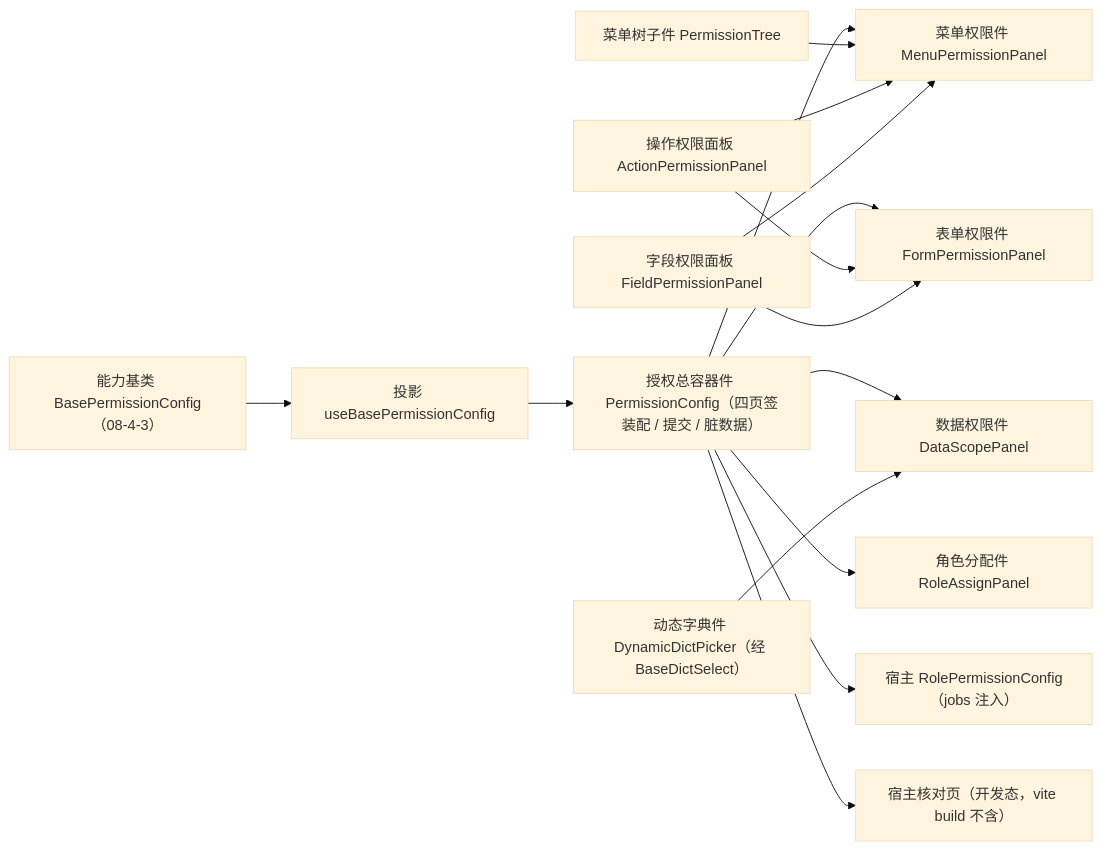
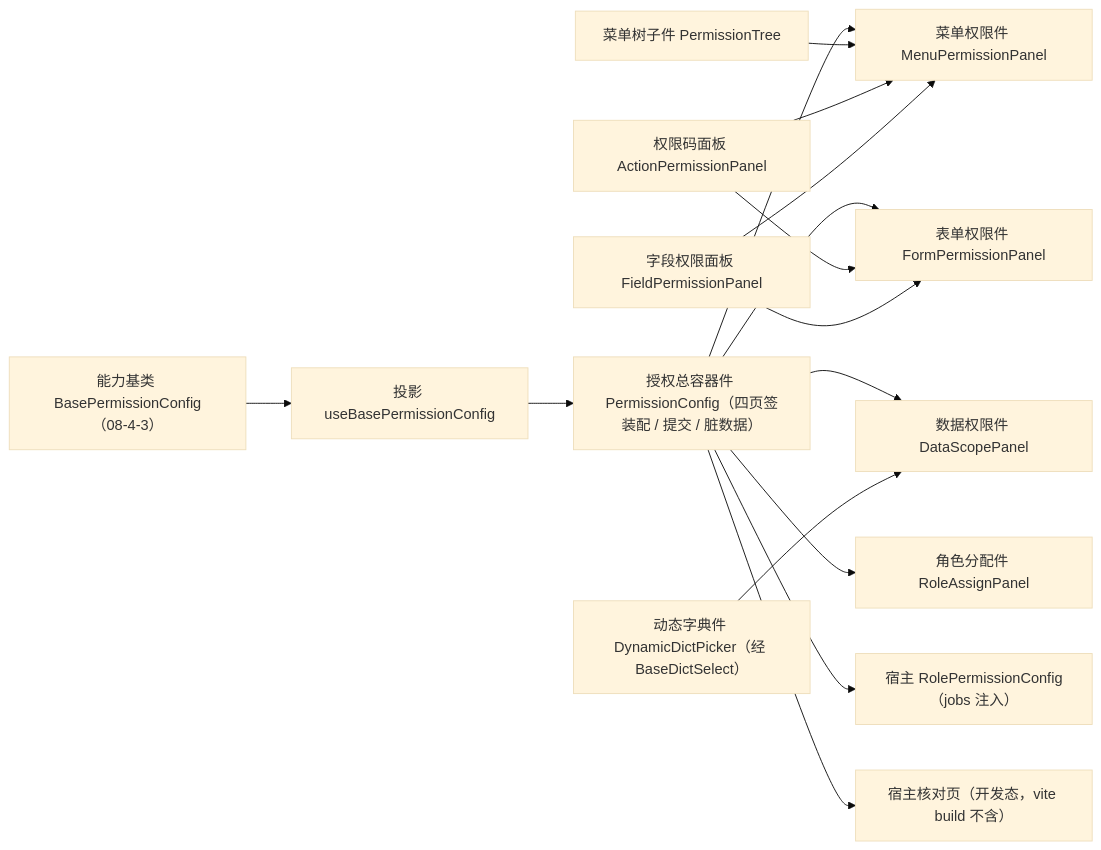
Before and after one commit to minjian123/basic-management-system: the diagram in bms文档/项目/04_前端组件库/任务/08_交互类/08_交互类_04_权限配置/08_交互类_04_权限配置_04_授权组件与宿主页返工/设计/01_详细设计_04_授权组件与宿主页返工.md, drawn with Mermaid (base theme). The commit also changed other lines of this file and 96 other files, not shown here.

````diff
--- a/bms文档/项目/04_前端组件库/任务/08_交互类/08_交互类_04_权限配置/08_交互类_04_权限配置_04_授权组件与宿主页返工/设计/01_详细设计_04_授权组件与宿主页返工.md
+++ b/bms文档/项目/04_前端组件库/任务/08_交互类/08_交互类_04_权限配置/08_交互类_04_权限配置_04_授权组件与宿主页返工/设计/01_详细设计_04_授权组件与宿主页返工.md
@@ -49,17 +49,17 @@
 ```mermaid
 flowchart LR
     BASE["能力基类 BasePermissionConfig（08-4-3）"] --> PROJ["投影 useBasePermissionConfig"]
     PROJ --> ROOT["授权总容器件 PermissionConfig（四页签装配 / 提交 / 脏数据）"]
     ROOT --> MENU["菜单权限件 MenuPermissionPanel"]
     ROOT --> FORM["表单权限件 FormPermissionPanel"]
     ROOT --> DATA["数据权限件 DataScopePanel"]
     ROOT --> ASSIGN["角色分配件 RoleAssignPanel"]
     TREE["菜单树子件 PermissionTree"] --> MENU
-    ACT["操作权限面板 ActionPermissionPanel"] --> MENU
+    ACT["权限码面板 ActionPermissionPanel"] --> MENU
     ACT --> FORM
     FIELD["字段权限面板 FieldPermissionPanel"] --> MENU
     FIELD --> FORM
     DICT["动态字典件 DynamicDictPicker（经 BaseDictSelect）"] --> DATA
     ROOT --> HOST["宿主 RolePermissionConfig（jobs 注入）"]
     ROOT --> CHECK["宿主核对页（开发态，vite build 不含）"]
 ```
````
